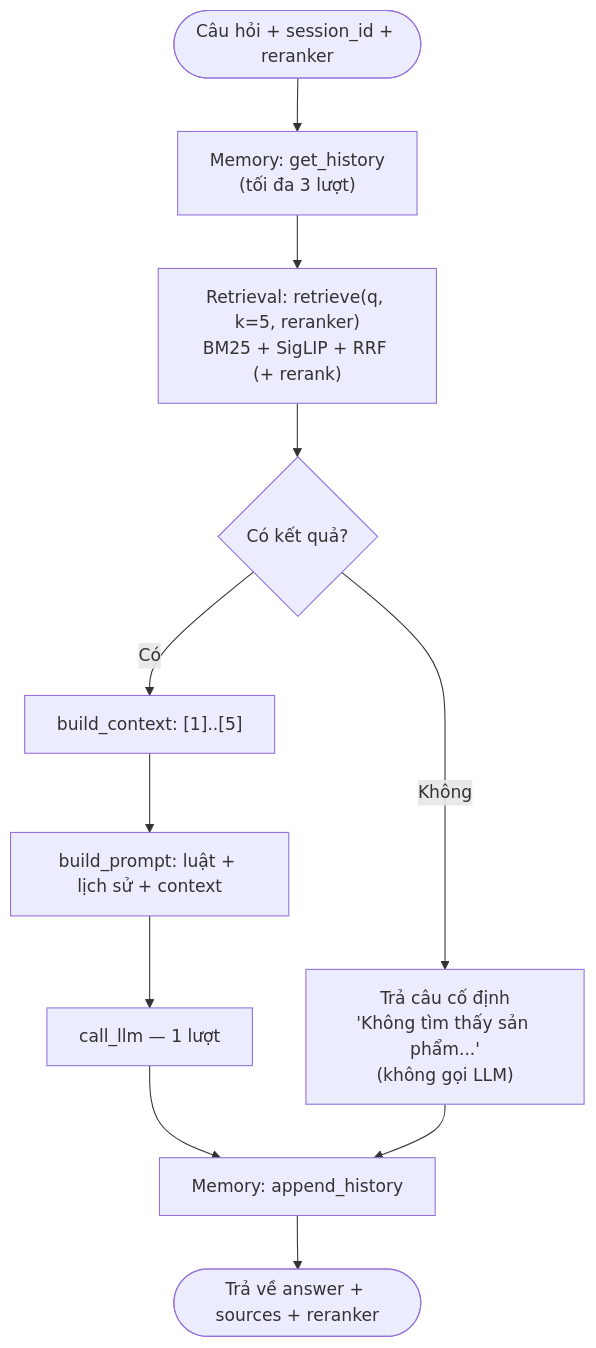
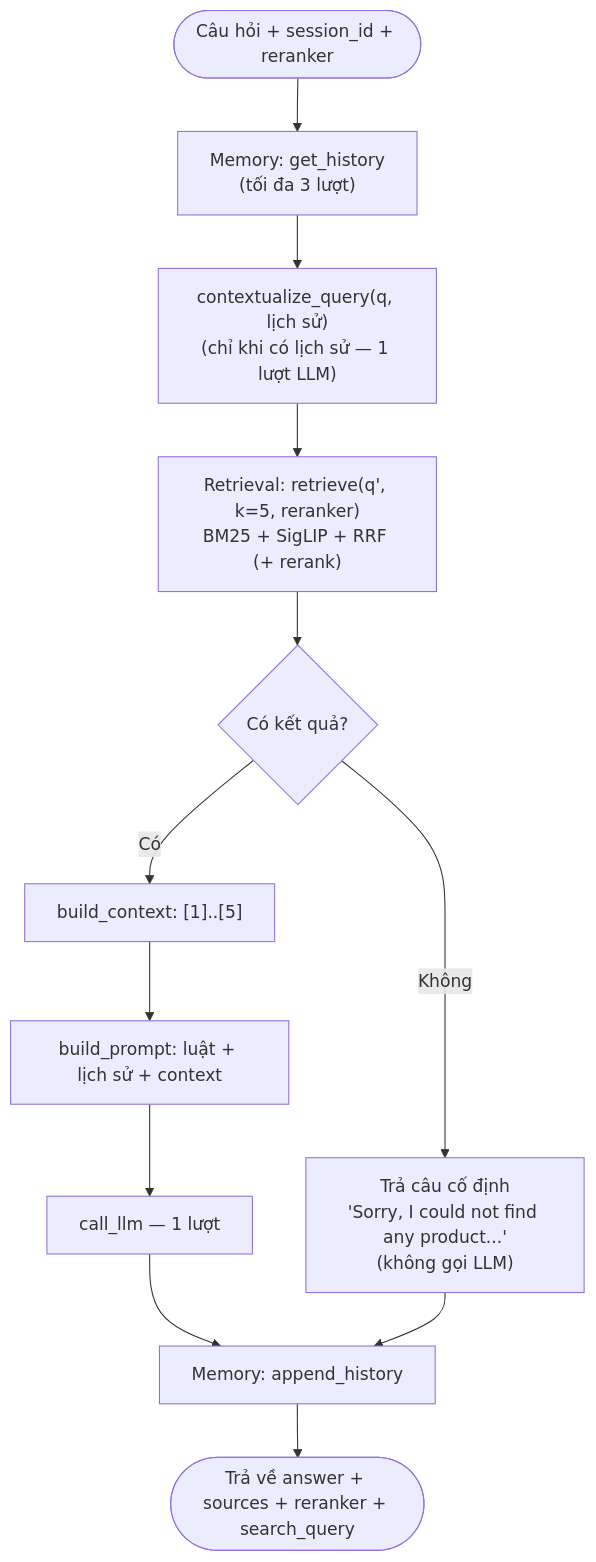
One commit to ThanhTrung2001/RAG_Project changed the third of 6 diagrams in docs/BAO_CAO_A3_IS6303.md. Above: the diagram before and after it, drawn with Mermaid. The commit also changed other lines of this file and 27 other files, not shown here.

````diff
--- a/docs/BAO_CAO_A3_IS6303.md
+++ b/docs/BAO_CAO_A3_IS6303.md
@@ -425,13 +453,14 @@
 ```mermaid
 flowchart TD
     Q([Câu hỏi + session_id + reranker]) --> H["Memory: get_history<br/>(tối đa 3 lượt)"]
-    H --> R["Retrieval: retrieve(q, k=5, reranker)<br/>BM25 + SigLIP + RRF (+ rerank)"]
+    H --> CQ["contextualize_query(q, lịch sử)<br/>(chỉ khi có lịch sử — 1 lượt LLM)"]
+    CQ --> R["Retrieval: retrieve(q', k=5, reranker)<br/>BM25 + SigLIP + RRF (+ rerank)"]
     R --> E{"Có kết quả?"}
-    E -- Không --> FB["Trả câu cố định<br/>'Không tìm thấy sản phẩm...'<br/>(không gọi LLM)"]
+    E -- Không --> FB["Trả câu cố định<br/>'Sorry, I could not find any product...'<br/>(không gọi LLM)"]
     E -- Có --> C["build_context: [1]..[5]"]
     C --> P["build_prompt: luật + lịch sử + context"]
     P --> L["call_llm — 1 lượt"]
     L --> S["Memory: append_history"]
     FB --> S
-    S --> O([Trả về answer + sources + reranker])
+    S --> O([Trả về answer + sources + reranker + search_query])
 ```
````
